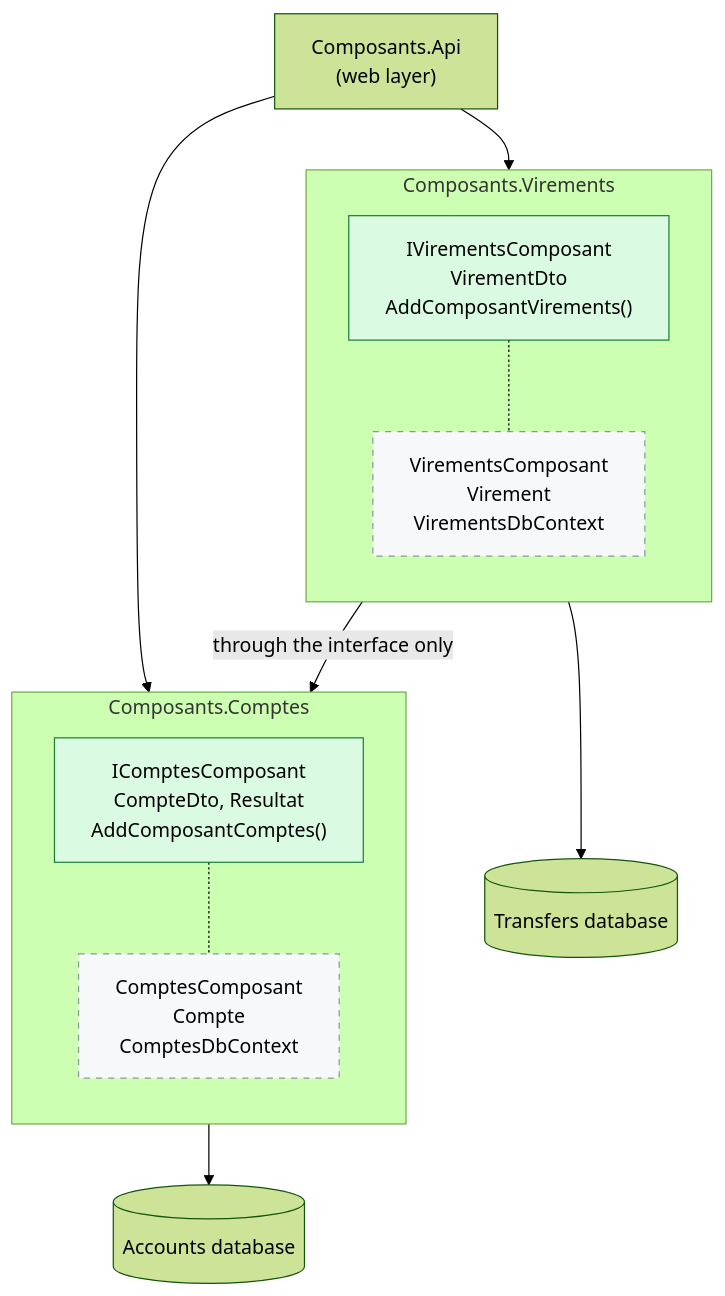
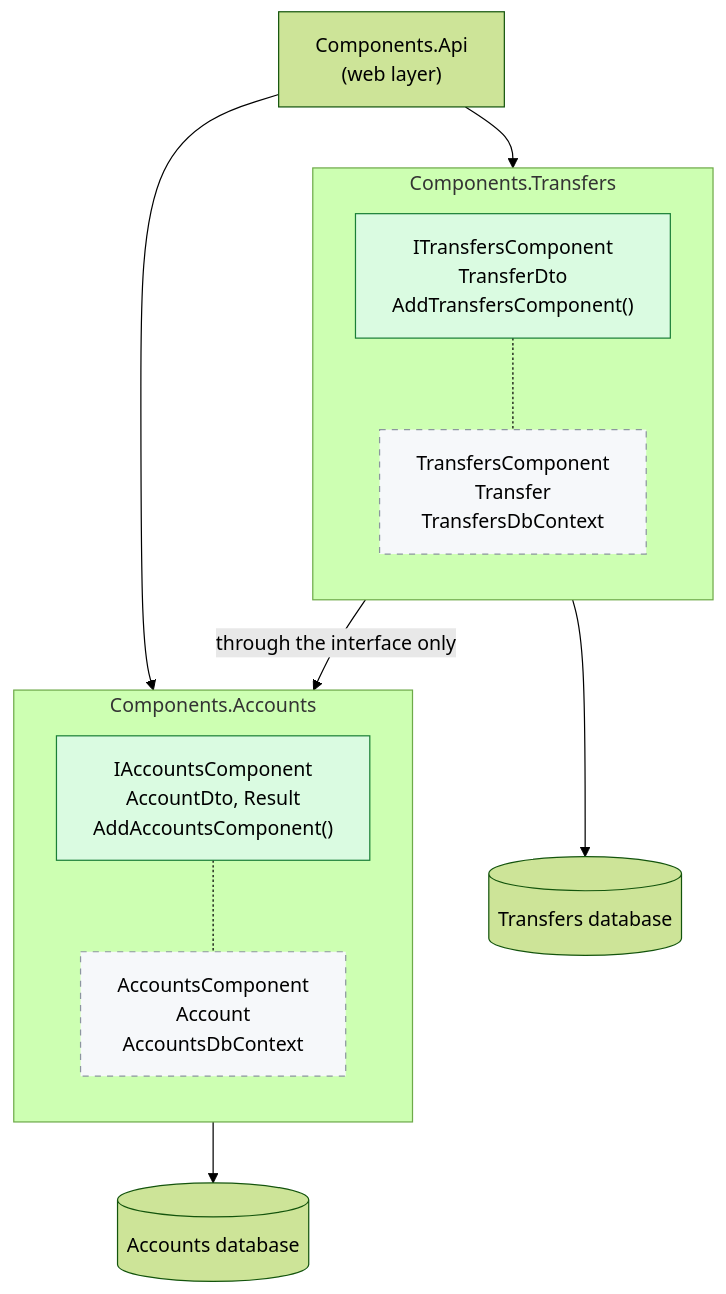
One commit to drangoht/ArchitecturesDemo changed the second of 3 diagrams in Docs/en/06-composants.md. Above: the diagram before and after it, drawn with Mermaid (forest theme). The commit also changed other lines of this file and 78 other files, not shown here.

First line of the commit message:
Docs EN : identifiants, liens, diagrammes et sorties alignés sur le code anglais

````diff
--- a/Docs/en/06-composants.md
+++ b/Docs/en/06-composants.md
@@ -36,29 +36,29 @@
 ```mermaid
 flowchart TB
-    Api["Composants.Api<br/>(web layer)"]
+    Api["Components.Api<br/>(web layer)"]
 
-    subgraph CC["Composants.Comptes"]
+    subgraph CC["Components.Accounts"]
         direction TB
-        IC["IComptesComposant<br/>CompteDto, Resultat<br/>AddComposantComptes()"]
-        ICi["ComptesComposant<br/>Compte<br/>ComptesDbContext"]
+        IC["IAccountsComponent<br/>AccountDto, Result<br/>AddAccountsComponent()"]
+        ICi["AccountsComponent<br/>Account<br/>AccountsDbContext"]
         IC -.- ICi
     end
 
-    subgraph CV["Composants.Virements"]
+    subgraph CV["Components.Transfers"]
         direction TB
-        IV["IVirementsComposant<br/>VirementDto<br/>AddComposantVirements()"]
-        IVi["VirementsComposant<br/>Virement<br/>VirementsDbContext"]
+        IV["ITransfersComponent<br/>TransferDto<br/>AddTransfersComponent()"]
+        IVi["TransfersComponent<br/>Transfer<br/>TransfersDbContext"]
         IV -.- IVi
     end
 
     Api --> IC
     Api --> IV
     IVi -->|"through the interface only"| IC
     ICi --> DB1[("Accounts database")]
     IVi --> DB2[("Transfers database")]
 
     classDef public fill:#dafbe1,stroke:#1a7f37
     classDef interne fill:#f6f8fa,stroke:#8c959f,stroke-dasharray: 5 5
     class IC,IV public
     class ICi,IVi interne
 ```
````
